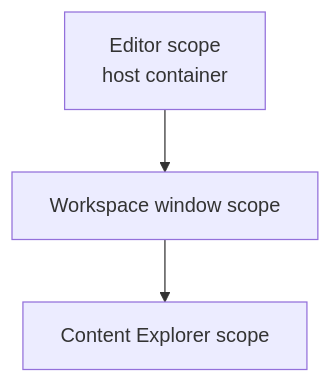
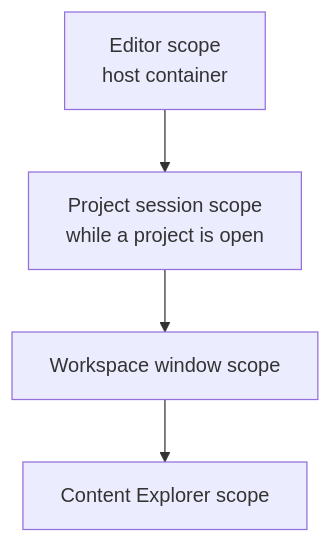
One commit to abdes/DroidNet changed the diagram in projects/Oxygen.Editor.Composition/README.md. Above: the diagram before and after it, drawn with Mermaid. The commit also changed other lines of this file and 304 other files, not shown here.

First line of the commit message:
refactor(editor): open projects as sessions with their own scope

````diff
--- a/projects/Oxygen.Editor.Composition/README.md
+++ b/projects/Oxygen.Editor.Composition/README.md
@@ -26,8 +29,10 @@
 ```mermaid
 flowchart TB
     Editor["Editor scope<br/>host container"]
+    Session["Project session scope<br/>while a project is open"]
     Window["Workspace window scope"]
     Explorer["Content Explorer scope"]
-    Editor --> Window
+    Editor --> Session
+    Session --> Window
     Window --> Explorer
 ```
````
